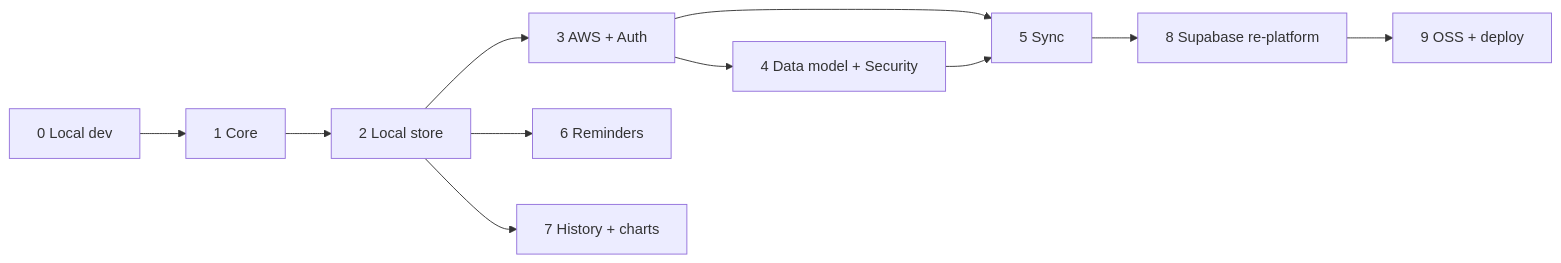
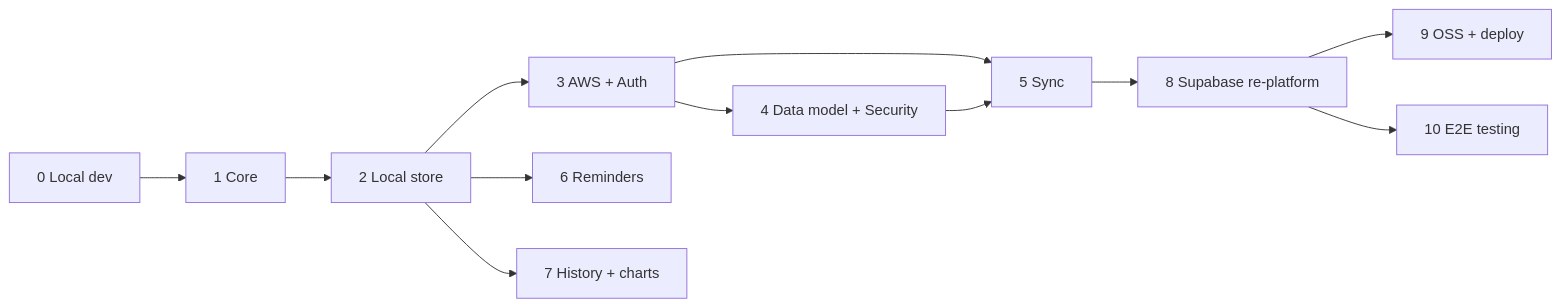
One commit to ankoor7/med-tracker changed the diagram in specs/03-implementation-plan.md. Above: the diagram before and after it, drawn with Mermaid. The commit also changed other lines of this file and 15 other files, not shown here.

````diff
--- a/specs/03-implementation-plan.md
+++ b/specs/03-implementation-plan.md
@@ -34,13 +35,14 @@
 ```mermaid
 flowchart LR
   S0[0 Local dev] --> S1[1 Core]
   S1[1 Core] --> S2[2 Local store]
   S2 --> S3[3 AWS + Auth]
   S3 --> S4[4 Data model + Security]
   S3 --> S5[5 Sync]
   S4 --> S5
   S2 --> S6[6 Reminders]
   S2 --> S7[7 History + charts]
   S5 --> S8[8 Supabase re-platform]
   S8 --> S9[9 OSS + deploy]
+  S8 --> S10[10 E2E testing]
 ```
````
